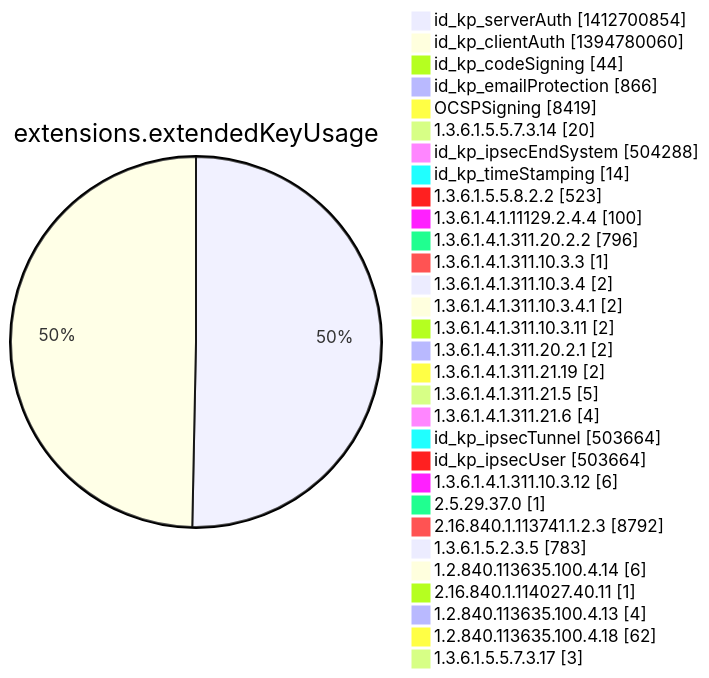
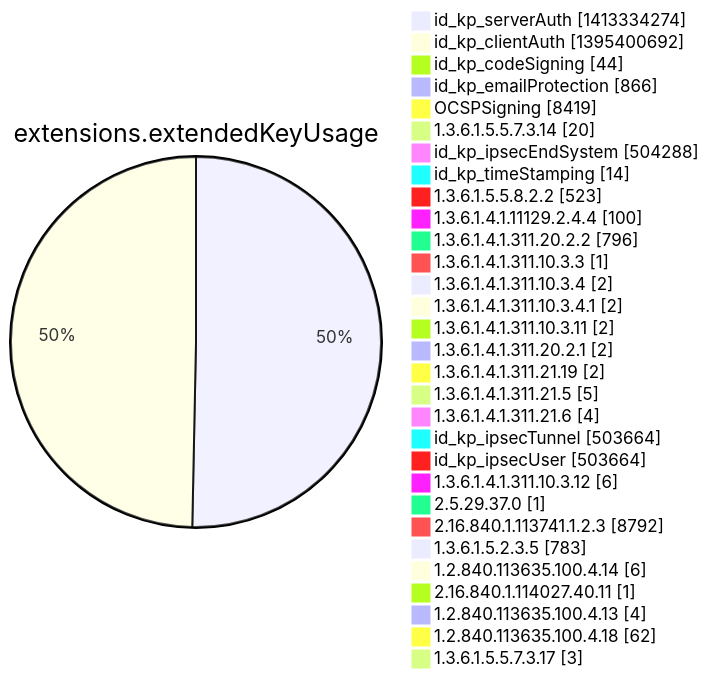
Before and after one commit to christiankrug/ctmonitor_visualization: diagram 12 of 15 in argon2022/README.md, drawn with Mermaid. The commit also changed other lines of this file, not shown here.

````diff
--- a/argon2022/README.md
+++ b/argon2022/README.md
@@ -3554,34 +3554,34 @@
 ```mermaid
 pie showData
 title extensions.extendedKeyUsage
-"id_kp_serverAuth" :1412700854
-"id_kp_clientAuth" :1394780060
+"id_kp_serverAuth" :1413334274
+"id_kp_clientAuth" :1395400692
 "id_kp_codeSigning" :44
 "id_kp_emailProtection" :866
 "OCSPSigning" :8419
 "1.3.6.1.5.5.7.3.14" :20
 "id_kp_ipsecEndSystem" :504288
 "id_kp_timeStamping" :14
 "1.3.6.1.5.5.8.2.2" :523
 "1.3.6.1.4.1.11129.2.4.4" :100
 "1.3.6.1.4.1.311.20.2.2" :796
 "1.3.6.1.4.1.311.10.3.3" :1
 "1.3.6.1.4.1.311.10.3.4" :2
 "1.3.6.1.4.1.311.10.3.4.1" :2
 "1.3.6.1.4.1.311.10.3.11" :2
 "1.3.6.1.4.1.311.20.2.1" :2
 "1.3.6.1.4.1.311.21.19" :2
 "1.3.6.1.4.1.311.21.5" :5
 "1.3.6.1.4.1.311.21.6" :4
 "id_kp_ipsecTunnel" :503664
 "id_kp_ipsecUser" :503664
 "1.3.6.1.4.1.311.10.3.12" :6
 "2.5.29.37.0" :1
 "2.16.840.1.113741.1.2.3" :8792
 "1.3.6.1.5.2.3.5" :783
 "1.2.840.113635.100.4.14" :6
 "2.16.840.1.114027.40.11" :1
 "1.2.840.113635.100.4.13" :4
 "1.2.840.113635.100.4.18" :62
 "1.3.6.1.5.5.7.3.17" :3
 ```
````
